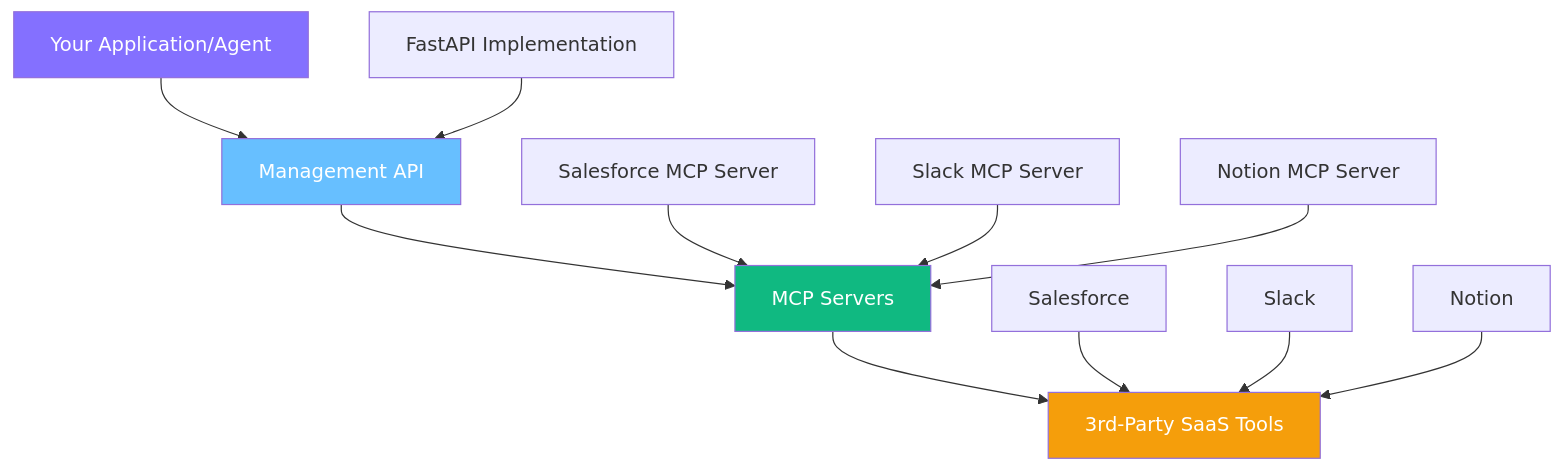
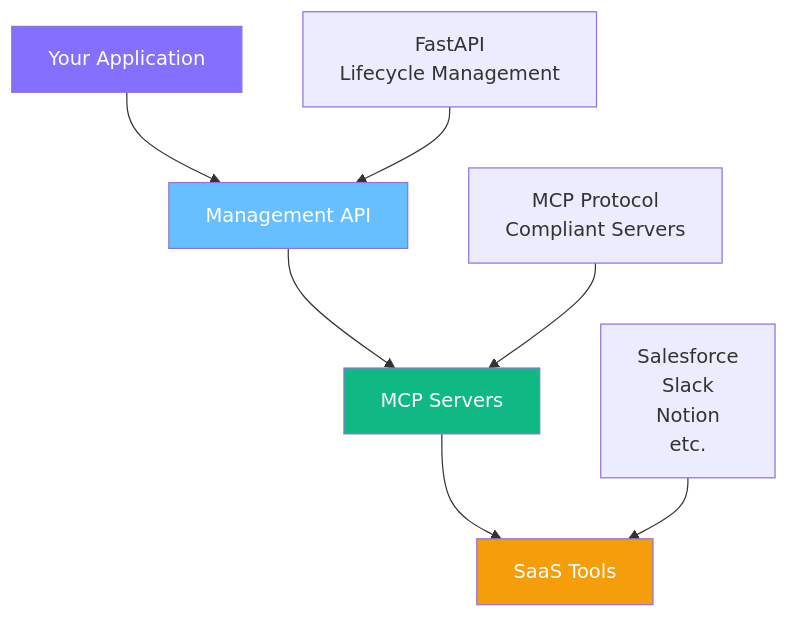
One commit to d7ventures/docs changed the diagram in authentication/introduction.mdx. Above: the diagram before and after it, drawn with Mermaid. The commit also changed other lines of this file and 3 other files, not shown here.

````diff
--- a/authentication/introduction.mdx
+++ b/authentication/introduction.mdx
@@ -27,19 +20,15 @@
 ```mermaid
 graph TD
-    A[Your Application/Agent] --> B[Management API]
+    A[Your Application] --> B[Management API]
     B --> C[MCP Servers]
-    C --> D[3rd-Party SaaS Tools]
+    C --> D[SaaS Tools]
 
-    B1[FastAPI Implementation] --> B
-    C1[Salesforce MCP Server] --> C
-    C2[Slack MCP Server] --> C
-    C3[Notion MCP Server] --> C
-    D1[Salesforce] --> D
-    D2[Slack] --> D
-    D3[Notion] --> D
+    B1[FastAPI<br/>Lifecycle Management] --> B
+    C1[MCP Protocol<br/>Compliant Servers] --> C
+    D1[Salesforce<br/>Slack<br/>Notion<br/>etc.] --> D
 
     style A fill:#8470FF,color:white
     style B fill:#67BFFF,color:white
     style C fill:#10B981,color:white
     style D fill:#F59E0B,color:white
 ```
````
